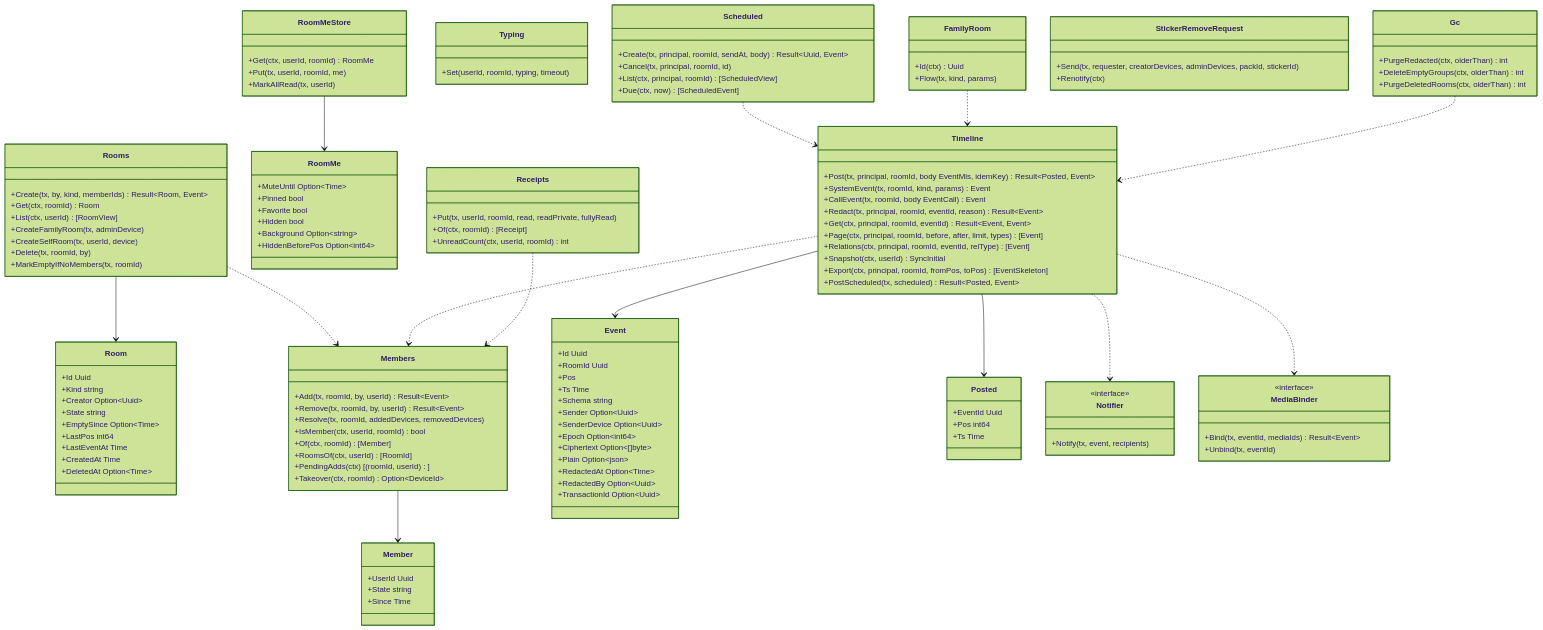
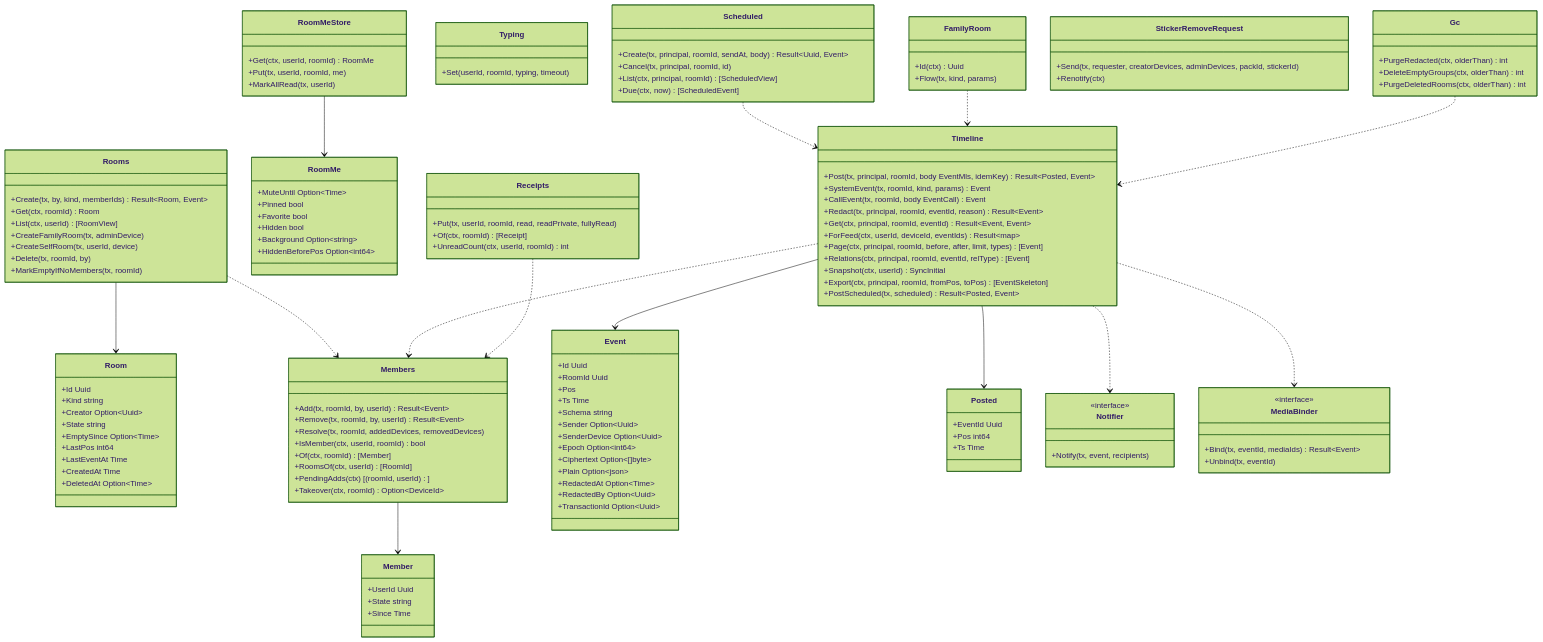
The diagram in dev/docs/jp/ブロック/srv-rooms.md (nrsd-ishikawasou/family-talk-pwa), drawn with Mermaid (forest theme) before and after one commit. The commit also changed other lines of this file and 290 other files, not shown here.

```diff
--- a/dev/docs/jp/ブロック/srv-rooms.md
+++ b/dev/docs/jp/ブロック/srv-rooms.md
@@ -89,6 +121,7 @@
     +CallEvent(tx, roomId, body EventCall) Event
     +Redact(tx, principal, roomId, eventId, reason) Result~Event~
     +Get(ctx, principal, roomId, eventId) Result~Event, Event~
+    +ForFeed(ctx, userId, deviceId, eventIds) Result~map~
     +Page(ctx, principal, roomId, before, after, limit, types) [Event]
     +Relations(ctx, principal, roomId, eventId, relType) [Event]
     +Snapshot(ctx, userId) SyncInitial
```
